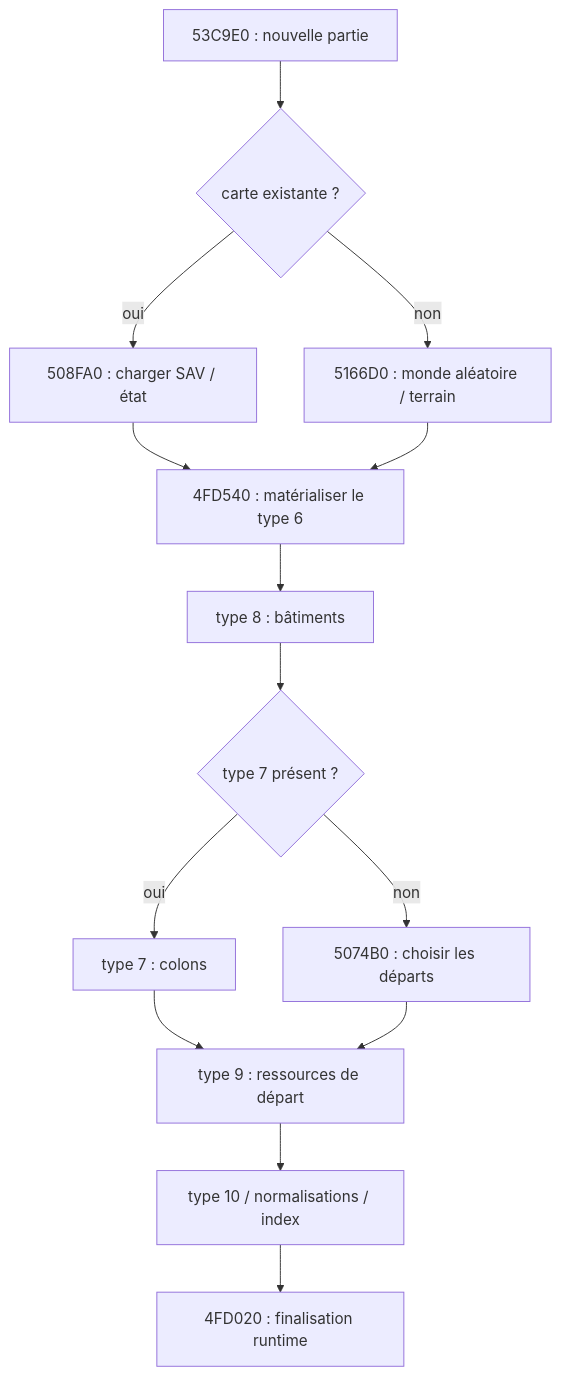
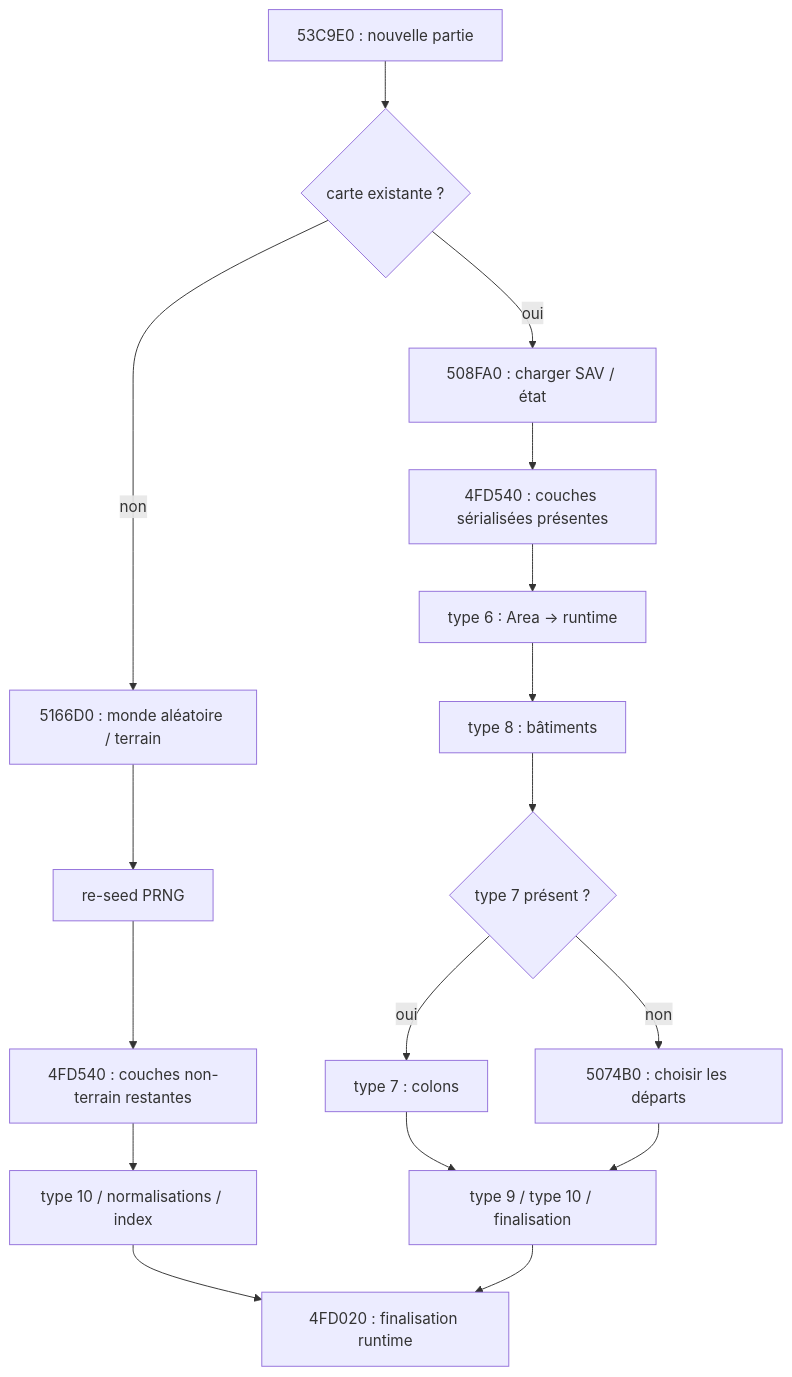
One commit to JulienP36/settlers3-mapgen changed the diagram in references/S3_EXE_STATIC_NON_TERRAIN_AUDIT_20260901.md. Above: the diagram before and after it, drawn with Mermaid. The commit also changed other lines of this file and 60 other files, not shown here.

````diff
--- a/references/S3_EXE_STATIC_NON_TERRAIN_AUDIT_20260901.md
+++ b/references/S3_EXE_STATIC_NON_TERRAIN_AUDIT_20260901.md
@@ -78,16 +80,19 @@
 ```mermaid
 flowchart TD
     A["53C9E0 : nouvelle partie"] --> B{"carte existante ?"}
     B -- oui --> C["508FA0 : charger SAV / état"]
     B -- non --> D["5166D0 : monde aléatoire / terrain"]
-    C --> E["4FD540 : matérialiser le type 6"]
-    D --> E
-    E --> F["type 8 : bâtiments"]
-    F --> G{"type 7 présent ?"}
-    G -- oui --> H["type 7 : colons"]
-    G -- non --> I["5074B0 : choisir les départs"]
-    H --> J["type 9 : ressources de départ"]
-    I --> J
-    J --> K["type 10 / normalisations / index"]
-    K --> L["4FD020 : finalisation runtime"]
+    C --> E["4FD540 : couches sérialisées présentes"]
+    E --> F["type 6 : Area -> runtime"]
+    F --> G["type 8 : bâtiments"]
+    G --> H{"type 7 présent ?"}
+    H -- oui --> I["type 7 : colons"]
+    H -- non --> J["5074B0 : choisir les départs"]
+    I --> K["type 9 / type 10 / finalisation"]
+    J --> K
+    D --> L["re-seed PRNG"]
+    L --> M["4FD540 : couches non-terrain restantes"]
+    M --> N["type 10 / normalisations / index"]
+    N --> O["4FD020 : finalisation runtime"]
+    K --> O
 ```
````
